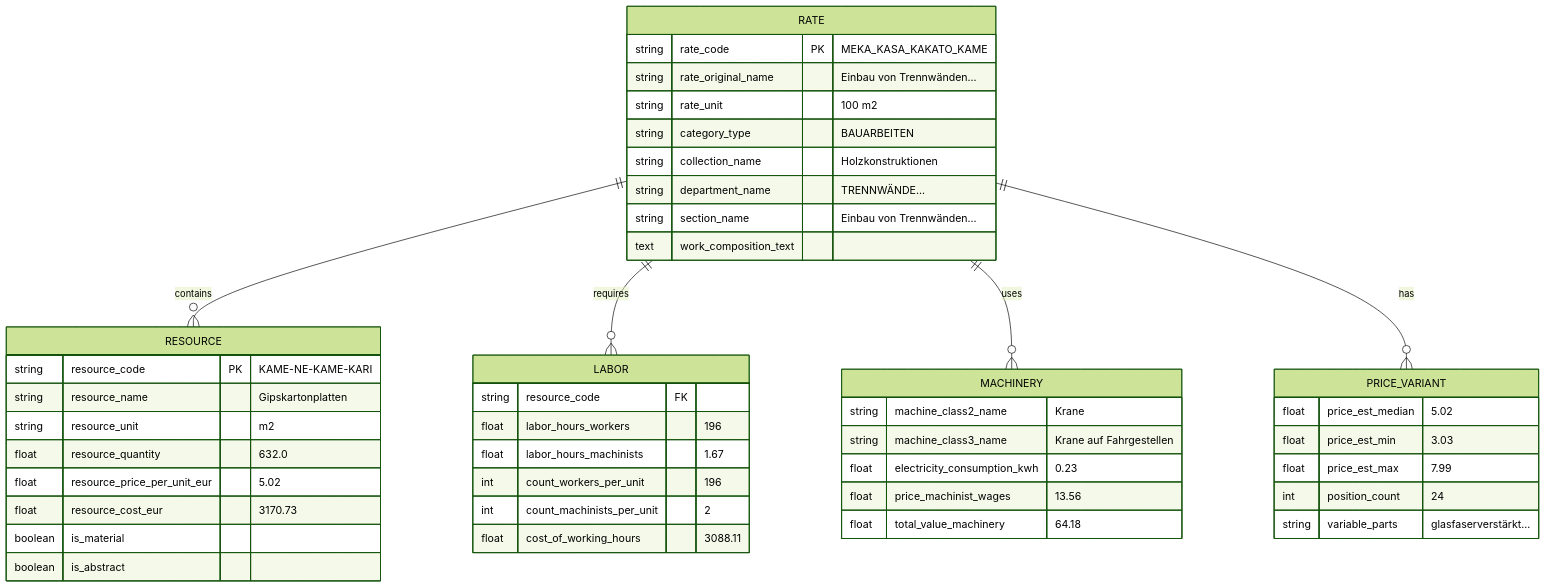
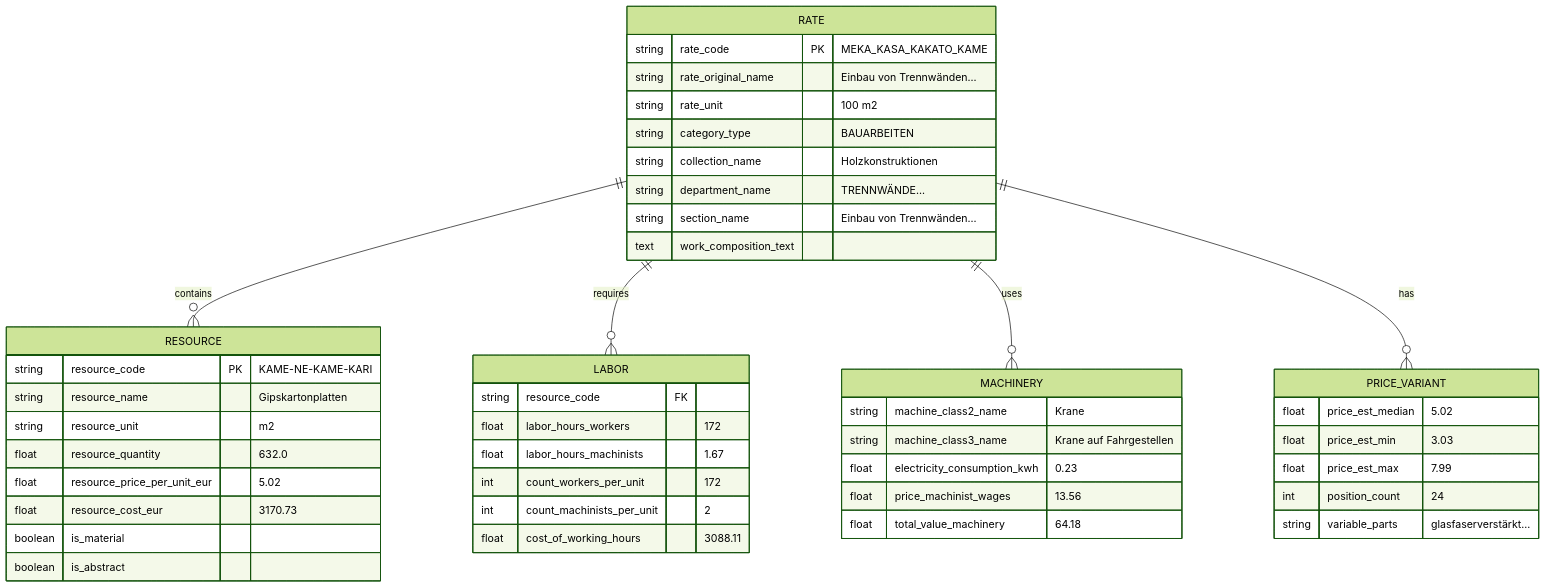
One commit to ehtick/OpenConstructionEstimate-DDC-CWICR changed the first of 6 diagrams in README.md. Above: the diagram before and after it, drawn with Mermaid (forest theme). The commit also changed other lines of this file, not shown here.

Commit message:
Fix: restore labor data values (172 hrs) incorrectly changed during skills count update

````diff
--- a/README.md
+++ b/README.md
@@ -481,54 +481,54 @@
 ```mermaid
 erDiagram
     RATE ||--o{ RESOURCE : contains
     RATE ||--o{ LABOR : requires
     RATE ||--o{ MACHINERY : uses
     RATE ||--o{ PRICE_VARIANT : has
 
     RATE {
         string rate_code PK "MEKA_KASA_KAKATO_KAME"
         string rate_original_name "Einbau von Trennwänden..."
         string rate_unit "100 m2"
         string category_type "BAUARBEITEN"
         string collection_name "Holzkonstruktionen"
         string department_name "TRENNWÄNDE..."
         string section_name "Einbau von Trennwänden..."
         text work_composition_text
     }
 
     RESOURCE {
         string resource_code PK "KAME-NE-KAME-KARI"
         string resource_name "Gipskartonplatten"
         string resource_unit "m2"
         float resource_quantity "632.0"
         float resource_price_per_unit_eur "5.02"
         float resource_cost_eur "3170.73"
         boolean is_material
         boolean is_abstract
     }
 
     LABOR {
         string resource_code FK
-        float labor_hours_workers "196"
+        float labor_hours_workers "172"
         float labor_hours_machinists "1.67"
-        int count_workers_per_unit "196"
+        int count_workers_per_unit "172"
         int count_machinists_per_unit "2"
         float cost_of_working_hours "3088.11"
     }
 
     MACHINERY {
         string machine_class2_name "Krane"
         string machine_class3_name "Krane auf Fahrgestellen"
         float electricity_consumption_kwh "0.23"
         float price_machinist_wages "13.56"
         float total_value_machinery "64.18"
     }
 
     PRICE_VARIANT {
         float price_est_median "5.02"
         float price_est_min "3.03"
         float price_est_max "7.99"
         int position_count "24"
         string variable_parts "glasfaserverstärkt..."
     }
 ```
````
